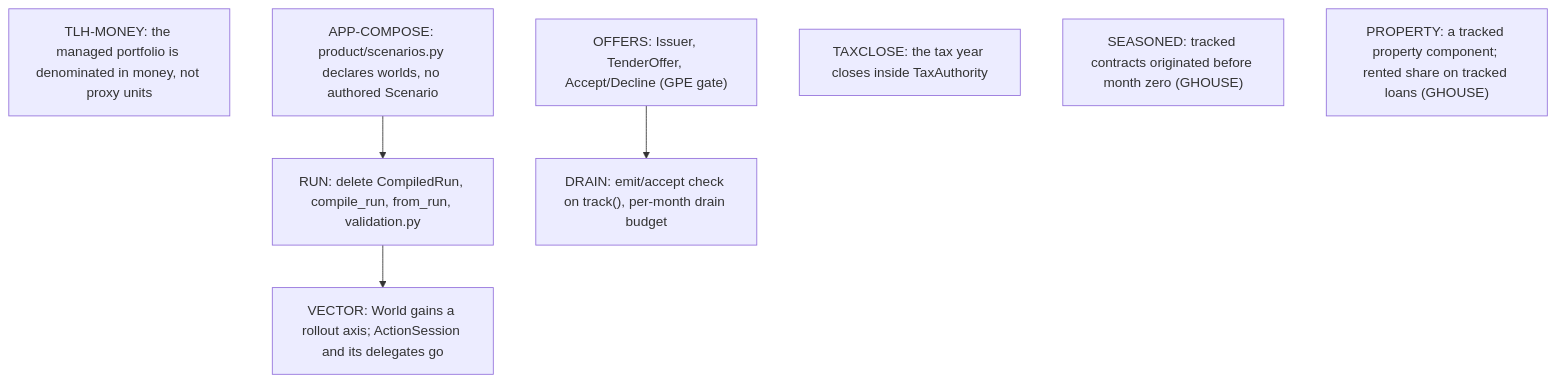
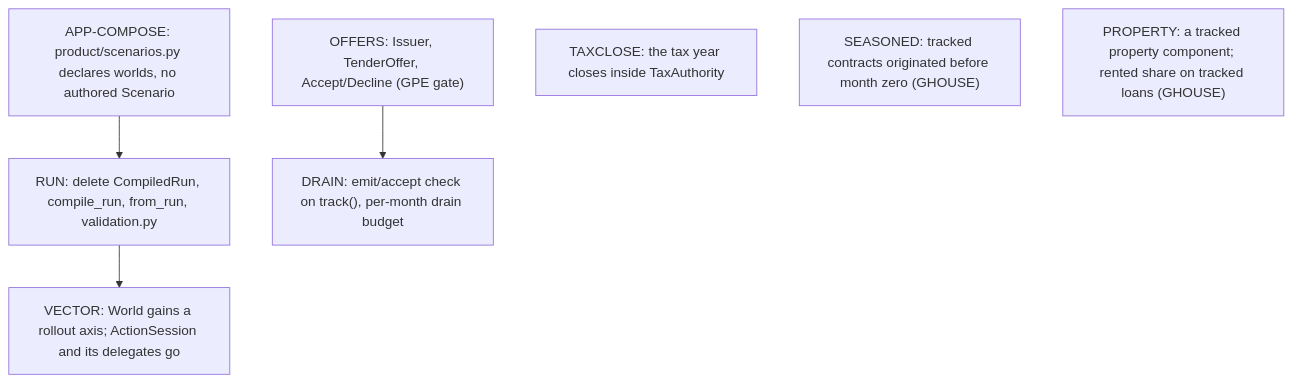
Before and after one commit to agentydragon/ducktape: the diagram in finance/augur/plans/library_design_gates.md, drawn with Mermaid. The commit also changed other lines of this file and 29 other files, not shown here.

First line of the commit message:
augur: the managed TLH portfolio is denominated in money, not proxy units (#7985)

````diff
--- a/finance/augur/plans/library_design_gates.md
+++ b/finance/augur/plans/library_design_gates.md
@@ -255,15 +255,14 @@
 ```mermaid
 graph TD
-    TLH_MONEY["TLH-MONEY: the managed portfolio is denominated in money, not proxy units"]
     APP_COMPOSE["APP-COMPOSE: product/scenarios.py declares worlds, no authored Scenario"]
     RUN_GONE["RUN: delete CompiledRun, compile_run, from_run, validation.py"]
     OFFERS["OFFERS: Issuer, TenderOffer, Accept/Decline (GPE gate)"]
     DRAIN["DRAIN: emit/accept check on track(), per-month drain budget"]
     TAXCLOSE["TAXCLOSE: the tax year closes inside TaxAuthority"]
     SEASONED["SEASONED: tracked contracts originated before month zero (GHOUSE)"]
     PROPERTY["PROPERTY: a tracked property component; rented share on tracked loans (GHOUSE)"]
     VECTOR["VECTOR: World gains a rollout axis; ActionSession and its delegates go"]
     APP_COMPOSE --> RUN_GONE
     OFFERS --> DRAIN
     RUN_GONE --> VECTOR
 ```
````
